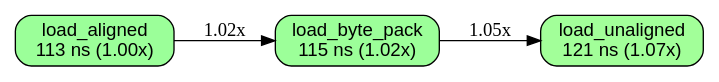
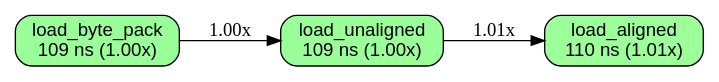
Before and after one commit to orgrinrt/hilavitkutin: the diagram in docs/BENCHES.load_alignment.load_alignment_n1024.macos-aarch64-c8-bare-apple.dot, drawn with Graphviz. The commit also changed 318 other files, not shown here.

```diff
--- a/docs/BENCHES.load_alignment.load_alignment_n1024.macos-aarch64-c8-bare-apple.dot
+++ b/docs/BENCHES.load_alignment.load_alignment_n1024.macos-aarch64-c8-bare-apple.dot
@@ -1,16 +1,16 @@
 // AUTO-GENERATED: DO NOT EDIT DIRECTLY
 //
 // Generated by: mockspace (mock)
-// Generated at: 2026-11-15T14:25:42Z
+// Generated at: 2026-11-22T21:16:19Z
 // Source: mock/
 // To regenerate: cargo mock
 
 digraph "load_alignment/load_alignment_n1024 on macos-aarch64-c8-bare-apple" {
   rankdir=LR;
   node [shape=box, style="rounded,filled", fontname="Helvetica"];
-  v0 [label="load_aligned\n113 ns (1.00x)", fillcolor="0.330 0.4 1.0"];
-  v1 [label="load_byte_pack\n115 ns (1.02x)", fillcolor="0.327 0.4 1.0"];
-  v2 [label="load_unaligned\n121 ns (1.07x)", fillcolor="0.318 0.4 1.0"];
-  v0 -> v1 [label="1.02x"];
-  v1 -> v2 [label="1.05x"];
+  v0 [label="load_byte_pack\n109 ns (1.00x)", fillcolor="0.330 0.4 1.0"];
+  v1 [label="load_unaligned\n109 ns (1.00x)", fillcolor="0.330 0.4 1.0"];
+  v2 [label="load_aligned\n110 ns (1.01x)", fillcolor="0.328 0.4 1.0"];
+  v0 -> v1 [label="1.00x"];
+  v1 -> v2 [label="1.01x"];
 }
```
